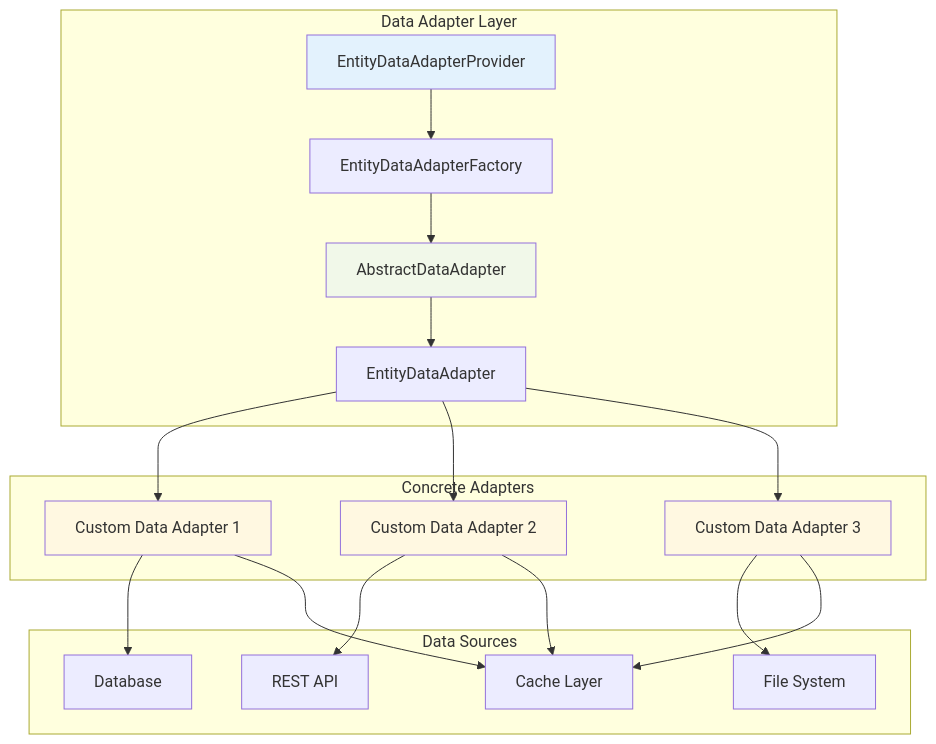
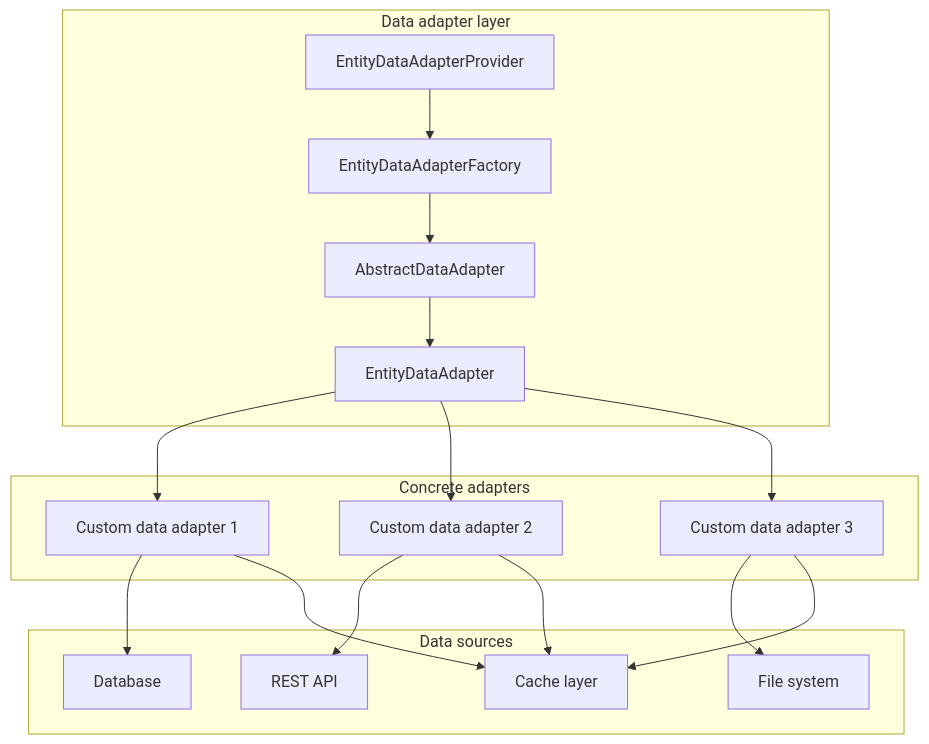
One commit to kabiroman/adaptive-entity-manager changed the fourth of 7 diagrams in docs/ARCHITECTURE_DIAGRAMS.md. Above: the diagram before and after it, drawn with Mermaid. The commit also changed other lines of this file and 7 other files, not shown here.

````diff
--- a/docs/ARCHITECTURE_DIAGRAMS.md
+++ b/docs/ARCHITECTURE_DIAGRAMS.md
@@ -149,43 +144,37 @@
 ```mermaid
 graph TB
-    subgraph "Data Adapter Layer"
+    subgraph adapterLayer [Data adapter layer]
         EDAP["EntityDataAdapterProvider"]
         EDAF["EntityDataAdapterFactory"]
         ADA["AbstractDataAdapter"]
         EDA["EntityDataAdapter"]
     end
-    
-    subgraph "Concrete Adapters"
-        CDA1["Custom Data Adapter 1"]
-        CDA2["Custom Data Adapter 2"]
-        CDA3["Custom Data Adapter 3"]
+
+    subgraph concreteAdapters [Concrete adapters]
+        CDA1["Custom data adapter 1"]
+        CDA2["Custom data adapter 2"]
+        CDA3["Custom data adapter 3"]
     end
-    
-    subgraph "Data Sources"
+
+    subgraph dataSources [Data sources]
         DB["Database"]
         API["REST API"]
-        File["File System"]
-        Cache2["Cache Layer"]
+        File["File system"]
+        Cache2["Cache layer"]
     end
-    
+
     EDAP --> EDAF
     EDAF --> ADA
     ADA --> EDA
     EDA --> CDA1
     EDA --> CDA2
     EDA --> CDA3
-    
+
     CDA1 --> DB
     CDA2 --> API
     CDA3 --> File
-    
+
     CDA1 --> Cache2
     CDA2 --> Cache2
     CDA3 --> Cache2
-    
-    style EDAP fill:#e3f2fd
-    style ADA fill:#f1f8e9
-    style CDA1 fill:#fff8e1
-    style CDA2 fill:#fff8e1
-    style CDA3 fill:#fff8e1
 ```
````
